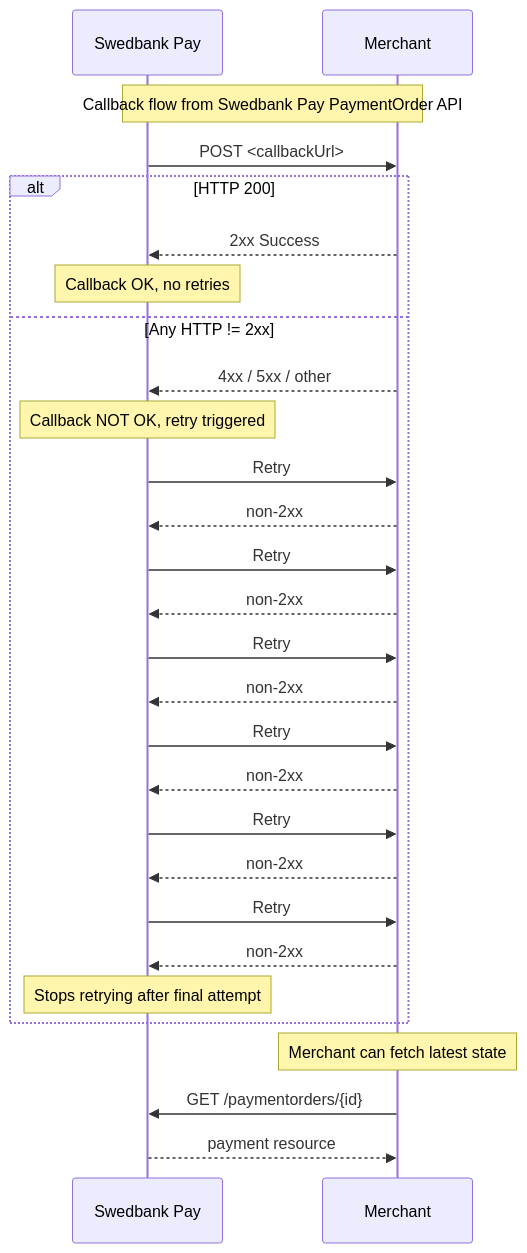
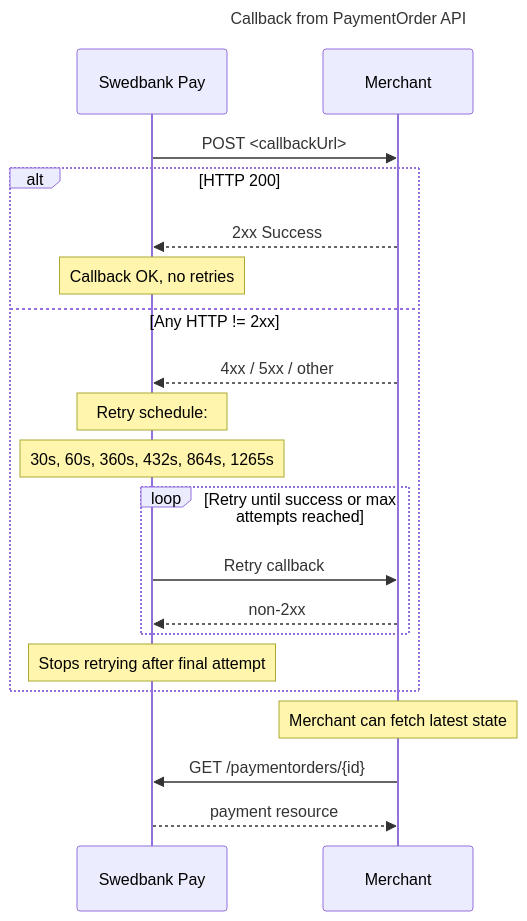
Before and after one commit to SwedbankPay/developer.swedbankpay.com: the diagram in _includes/callback-3-0.md, drawn with Mermaid. The commit also changed 66 other files, not shown here.

Commit message:
Added titles in sequence diagrams

````diff
--- a/_includes/callback-3-0.md
+++ b/_includes/callback-3-0.md
@@ -353,42 +353,30 @@
 ```mermaid
 sequenceDiagram
+title: Callback from PaymentOrder API
     participant SP as Swedbank Pay
     participant M as Merchant
-
-    Note over SP,M: Callback flow from Swedbank Pay PaymentOrder API
 
     SP->>M: POST <callbackUrl>
 
     alt HTTP 200
         M-->>SP: 2xx Success
         Note over SP: Callback OK, no retries
+
     else Any HTTP != 2xx
         M-->>SP: 4xx / 5xx / other
 
-        Note over SP: Callback NOT OK, retry triggered
+        Note over SP: Retry schedule:
+        Note over SP: 30s, 60s, 360s, 432s, 864s, 1265s
 
-        SP->>M: Retry #1 (after 30 sec)
-        M-->>SP: non-2xx
-
-        SP->>M: Retry #2 (after 60 sec)
-        M-->>SP: non-2xx
-
-        SP->>M: Retry #3 (after 360 sec)
-        M-->>SP: non-2xx
-
-        SP->>M: Retry #4 (after 432 sec)
-        M-->>SP: non-2xx
-
-        SP->>M: Retry #5 (after 864 sec)
-        M-->>SP: non-2xx
-
-        SP->>M: Retry #6 (after 1265 sec)
-        M-->>SP: non-2xx
+        loop Retry until success or max attempts reached
+            SP->>M: Retry callback
+            M-->>SP: non-2xx
+        end
 
         Note over SP: Stops retrying after final attempt
     end
 
     Note over M: Merchant can fetch latest state
     M->>SP: GET /paymentorders/{id}
     SP-->>M: payment resource
 ```
````
